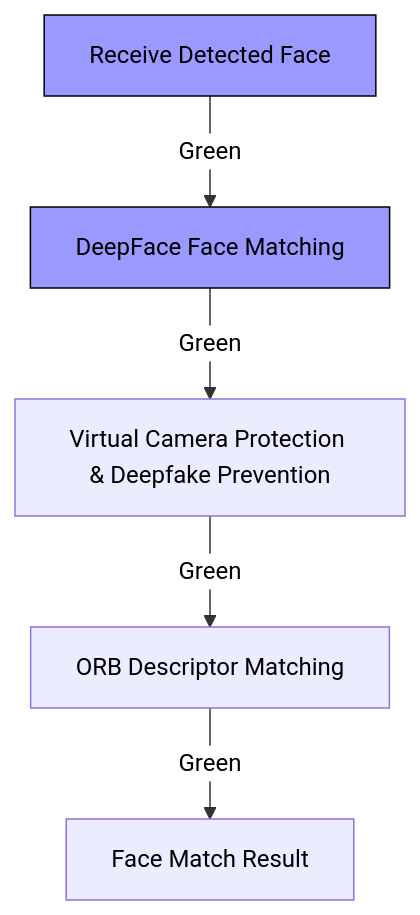
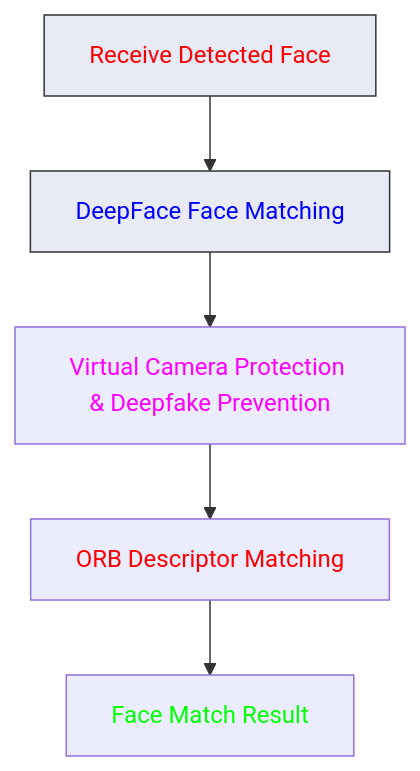
Before and after one commit to Tharun-selladurai/face_liveliness_web_platform: the third of 6 diagrams in README.md, drawn with Mermaid. The commit also changed other lines of this file, not shown here.

````diff
--- a/README.md
+++ b/README.md
@@ -87,11 +85,11 @@
 ```mermaid
-%%{init: { "theme": "default", "themeVariables": { "edgeLabelBackground": "#ffffff", "tertiaryColor": "#ffffff", "primaryColor": "#9999ff", "edgeColor": "#008000", "textColor": "#000000" }}}%%
+%%{init: { "theme": "default", "themeVariables": { "edgeLabelBackground": "#ffffff", "tertiaryColor": "#ffffff", "primaryColor": "#e8eaf6", "edgeColor": "#00ff00", "textColor": "#000000" }}}%%
 graph TD;
-    A[Receive Detected Face] -->|Green| B[DeepFace Face Matching]
-    B -->|Green| C[Virtual Camera Protection & Deepfake Prevention]
-    C -->|Green| D[ORB Descriptor Matching]
-    D -->|Green| E[Face Match Result]
+    A[<font color="#ff0000">Receive Detected Face</font>] --> B[<font color="#0000ff">DeepFace Face Matching</font>]
+    B --> C[<font color="#ff00ff">Virtual Camera Protection & Deepfake Prevention</font>]
+    C --> D[<font color="#ff0000">ORB Descriptor Matching</font>]
+    D --> E[<font color="#00ff00">Face Match Result</font>]
     
-    classDef match fill:#9999ff,stroke:#000000,color:#000000;
+    classDef match fill:#e8eaf6,stroke:#333,color:#000000;
     class A,B match;
 ```
````
